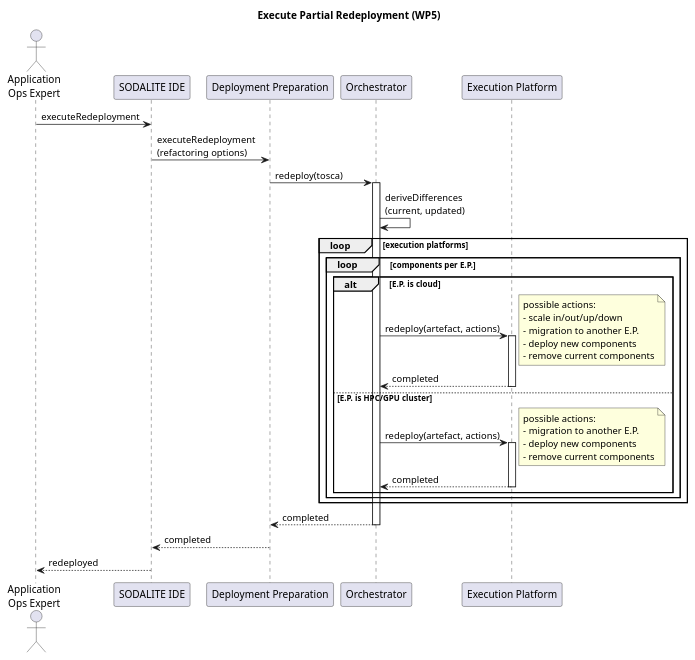
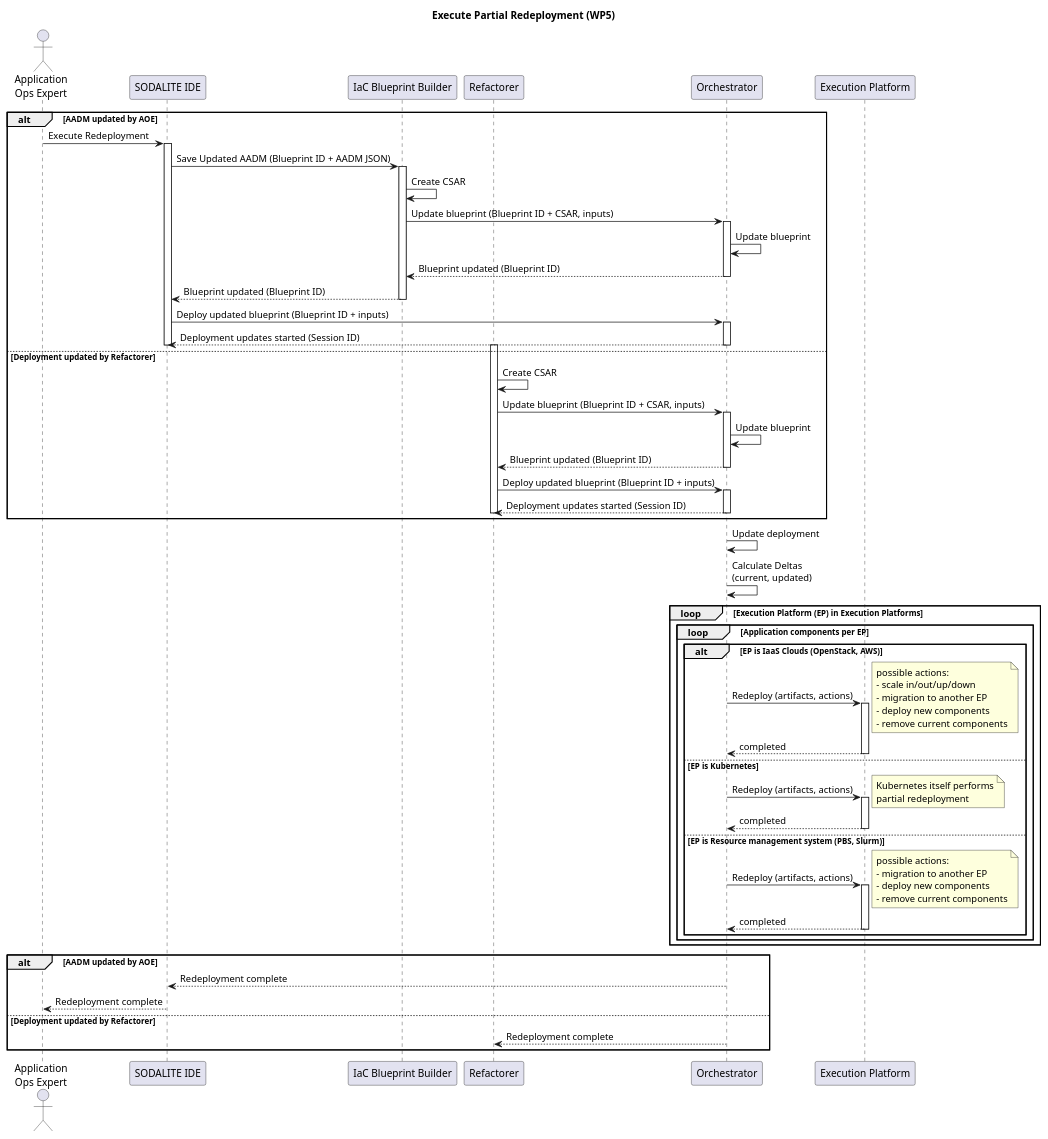
Before and after one commit to SODALITE-EU/project-wide-documentation: the diagram in uml/sequence-diagrams/UC-10-ExecutePartialRedeployment-WP5.puml, drawn with PlantUML. The commit also changed 2 other files, not shown here.

Commit message:
orchestrator (re-)deployment UC updates

```diff
--- a/uml/sequence-diagrams/UC-10-ExecutePartialRedeployment-WP5.puml
+++ b/uml/sequence-diagrams/UC-10-ExecutePartialRedeployment-WP5.puml
@@ -1,53 +1,97 @@
 @startuml
 
 title Execute Partial Redeployment (WP5)
 
 actor "Application\nOps Expert" as ops
-participant  "SODALITE IDE" as ide
-participant  "Deployment Preparation" as dp
-participant  Orchestrator as orch
+participant "SODALITE IDE" as ide
+participant "IaC Blueprint Builder" as builder
+participant "Refactorer" as refactorer
+participant Orchestrator as orch
 participant "Execution Platform" as res
 
-ops->ide: executeRedeployment
-ide->dp: executeRedeployment \n(refactoring options)
-dp->orch: redeploy(tosca)
+alt AADM updated by AOE 
+  ops->ide: Execute Redeployment
+  activate ide
+  ide->builder: Save Updated AADM (Blueprint ID + AADM JSON)
+  activate builder
+  builder->builder: Create CSAR
+  builder->orch: Update blueprint (Blueprint ID + CSAR, inputs)
+  activate orch
+  orch->orch: Update blueprint
+  orch-->builder: Blueprint updated (Blueprint ID)
+  deactivate orch
+  builder-->ide: Blueprint updated (Blueprint ID)
+  deactivate builder
+  ide->orch: Deploy updated blueprint (Blueprint ID + inputs)
+  activate orch
+  orch-->ide: Deployment updates started (Session ID)
+  deactivate orch
+  deactivate ide
+else Deployment updated by Refactorer 
+  activate refactorer
+  refactorer->refactorer: Create CSAR
+  refactorer->orch: Update blueprint (Blueprint ID + CSAR, inputs)
+  activate orch
+  orch->orch: Update blueprint
+  orch-->refactorer: Blueprint updated (Blueprint ID)
+  deactivate orch
+  refactorer->orch: Deploy updated blueprint (Blueprint ID + inputs)
+  activate orch
+  orch-->refactorer: Deployment updates started (Session ID)
+  deactivate orch
+  deactivate refactorer
+end
 
 activate orch
-orch->orch: deriveDifferences \n(current, updated)
-loop execution platforms
-  loop components per E.P.
-    alt E.P. is cloud
-      orch->res: redeploy(artefact, actions)
+orch->orch: Update deployment
+orch->orch: Calculate Deltas \n(current, updated)
+loop Execution Platform (EP) in Execution Platforms
+  loop Application components per EP
+    alt EP is IaaS Clouds (OpenStack, AWS)
+      orch->res: Redeploy (artifacts, actions)
       activate res
       note right
         possible actions:
         - scale in/out/up/down
-        - migration to another E.P.
+        - migration to another EP
         - deploy new components
         - remove current components
       end note
       orch<--res: completed
       deactivate res
 
-    else E.P. is HPC/GPU cluster
-      orch->res: redeploy(artefact, actions)
+    else EP is Kubernetes
+      orch->res: Redeploy (artifacts, actions)
+      activate res
+      note right
+        Kubernetes itself performs
+        partial redeployment
+      end note
+      orch<--res: completed
+      deactivate res
+
+    else EP is Resource management system (PBS, Slurm)
+      orch->res: Redeploy (artifacts, actions)
       activate res
       note right
         possible actions:
-        - migration to another E.P.
+        - migration to another EP
         - deploy new components
         - remove current components
       end note
       orch<--res: completed
       deactivate res
     end
   end
 end
 
-dp<--orch: completed
-deactivate orch
-
-ide<--dp: completed
-ops<--ide: redeployed
+alt AADM updated by AOE 
+  orch-->ide: Redeployment complete
+  deactivate ide
+  ide-->ops: Redeployment complete
+else Deployment updated by Refactorer 
+  orch-->refactorer: Redeployment complete
+  deactivate refactorer
+end
 
 @enduml
```
